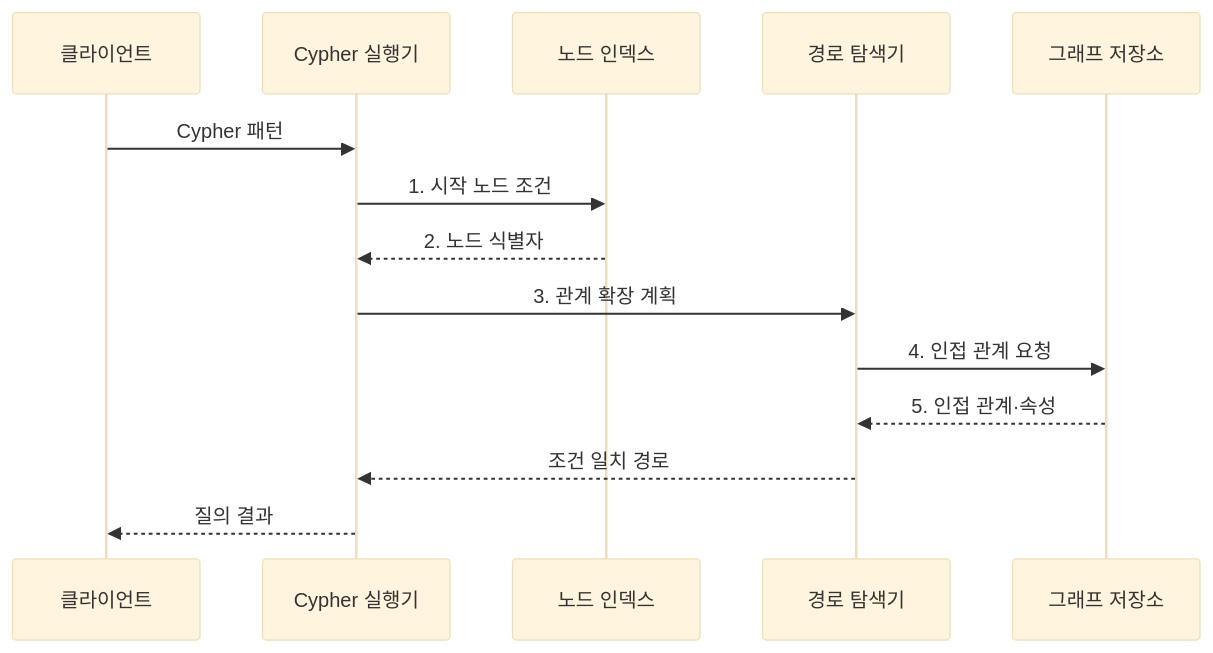
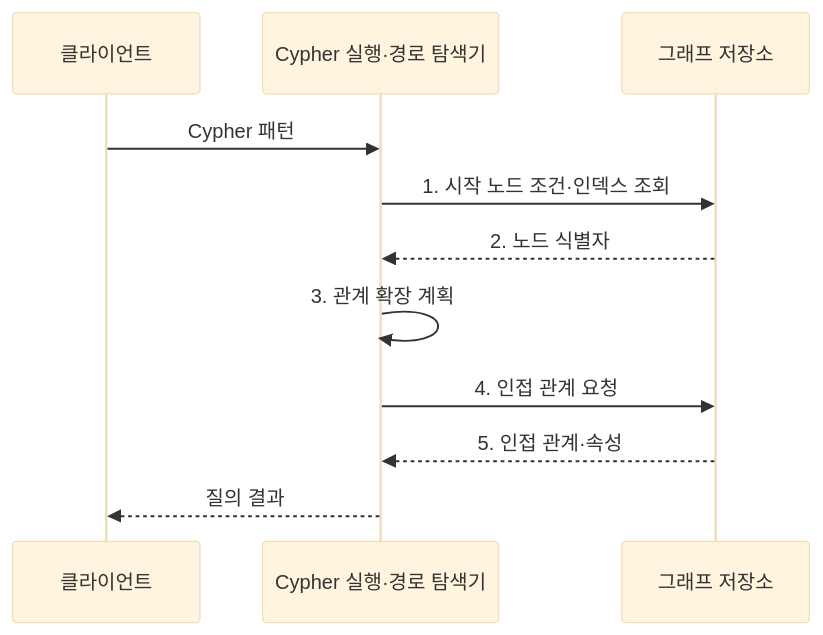
The second of 2 diagrams in src/content/docs/notes/03-software/109_neo4j_graph_database.md (agnusdei1207/knowledge-base), drawn with Mermaid (base theme) before and after one commit. The commit also changed 7 other files, not shown here.

Commit message:
Refine distributed data diagrams

````diff
--- a/src/content/docs/notes/03-software/109_neo4j_graph_database.md
+++ b/src/content/docs/notes/03-software/109_neo4j_graph_database.md
@@ -101,16 +101,13 @@
 ```mermaid
 sequenceDiagram
     participant C as 클라이언트
-    participant P as Cypher 실행기
-    participant I as 노드 인덱스
-    participant T as 경로 탐색기
+    participant P as Cypher 실행·경로 탐색기
     participant G as 그래프 저장소
     C->>P: Cypher 패턴
-    P->>I: 1. 시작 노드 조건
-    I-->>P: 2. 노드 식별자
-    P->>T: 3. 관계 확장 계획
-    T->>G: 4. 인접 관계 요청
-    G-->>T: 5. 인접 관계·속성
-    T-->>P: 조건 일치 경로
+    P->>G: 1. 시작 노드 조건·인덱스 조회
+    G-->>P: 2. 노드 식별자
+    P->>P: 3. 관계 확장 계획
+    P->>G: 4. 인접 관계 요청
+    G-->>P: 5. 인접 관계·속성
     P-->>C: 질의 결과
 ```
````
